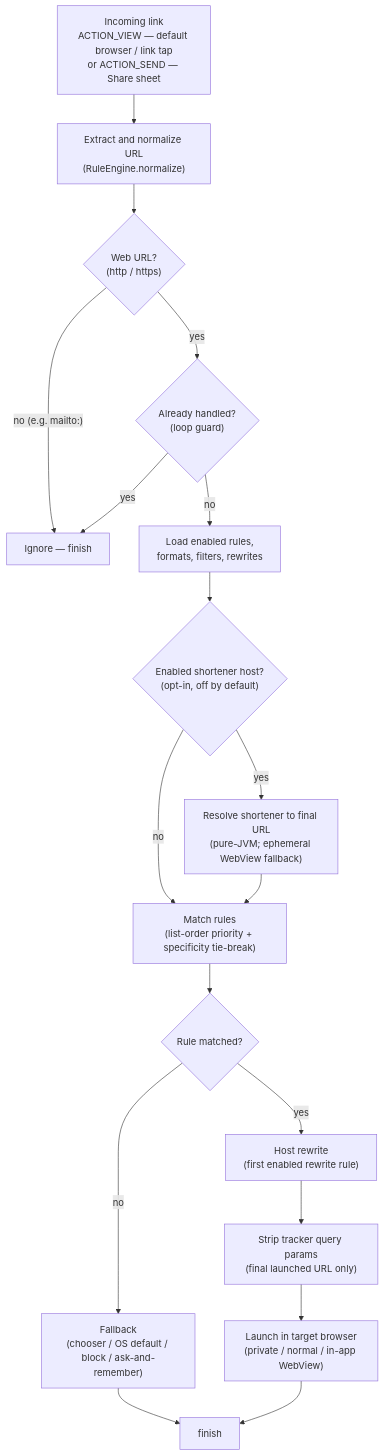
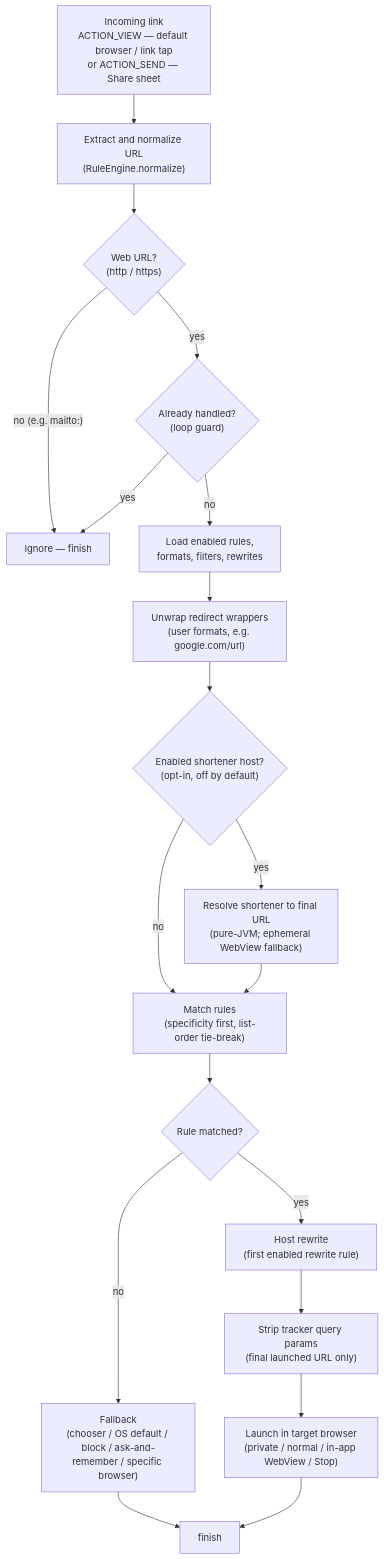
The diagram in docs/content/flow_chart.md (deekue/linkrouter), drawn with Mermaid before and after one commit.

Commit message:
docs: update URL flow chart to match current implementation
- Fix rule-matching semantics: specificity first, list-order tie-break
- Add FALLBACK_BROWSER (specific browser) to fallback options
- Add Stop target to launch options
- Add redirector-unwrap sub-step (user formats, e.g. google.com/url)

```diff
--- a/docs/content/flow_chart.md
+++ b/docs/content/flow_chart.md
@@ -11,20 +11,21 @@
 {{<mermaid>}}
 graph TD
     A["Incoming link<br/>ACTION_VIEW — default browser / link tap<br/>or ACTION_SEND — Share sheet"] --> B["Extract and normalize URL<br/>(RuleEngine.normalize)"]
     B --> C{"Web URL?<br/>(http / https)"}
     C -->|"no (e.g. mailto:)"| O["Ignore — finish"]
     C -->|"yes"| D{"Already handled?<br/>(loop guard)"}
     D -->|"yes"| O
     D -->|"no"| E["Load enabled rules,<br/>formats, filters, rewrites"]
-    E --> F{"Enabled shortener host?<br/>(opt-in, off by default)"}
+    E --> E2["Unwrap redirect wrappers<br/>(user formats, e.g. google.com/url)"]
+    E2 --> F{"Enabled shortener host?<br/>(opt-in, off by default)"}
     F -->|"no"| H
     F -->|"yes"| G["Resolve shortener to final URL<br/>(pure-JVM; ephemeral WebView fallback)"]
-    G --> H["Match rules<br/>(list-order priority + specificity tie-break)"]
+    G --> H["Match rules<br/>(specificity first, list-order tie-break)"]
     H --> I{"Rule matched?"}
-    I -->|"no"| J["Fallback<br/>(chooser / OS default / block / ask-and-remember)"]
+    I -->|"no"| J["Fallback<br/>(chooser / OS default / block / ask-and-remember / specific browser)"]
     J --> N["finish"]
     I -->|"yes"| K["Host rewrite<br/>(first enabled rewrite rule)"]
     K --> L["Strip tracker query params<br/>(final launched URL only)"]
-    L --> M["Launch in target browser<br/>(private / normal / in-app WebView)"]
+    L --> M["Launch in target browser<br/>(private / normal / in-app WebView / Stop)"]
     M --> N
 {{</mermaid>}}
```
